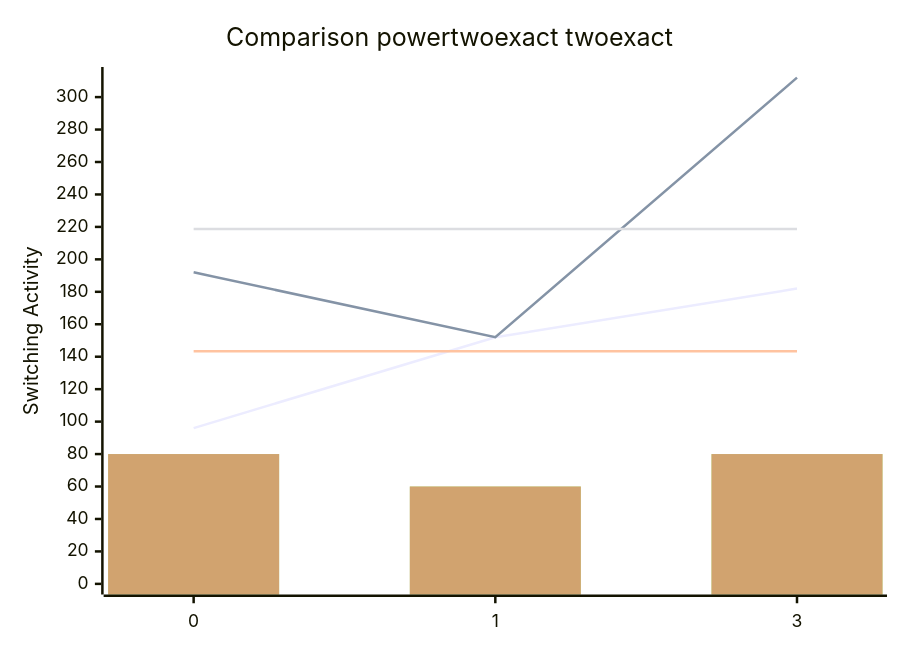
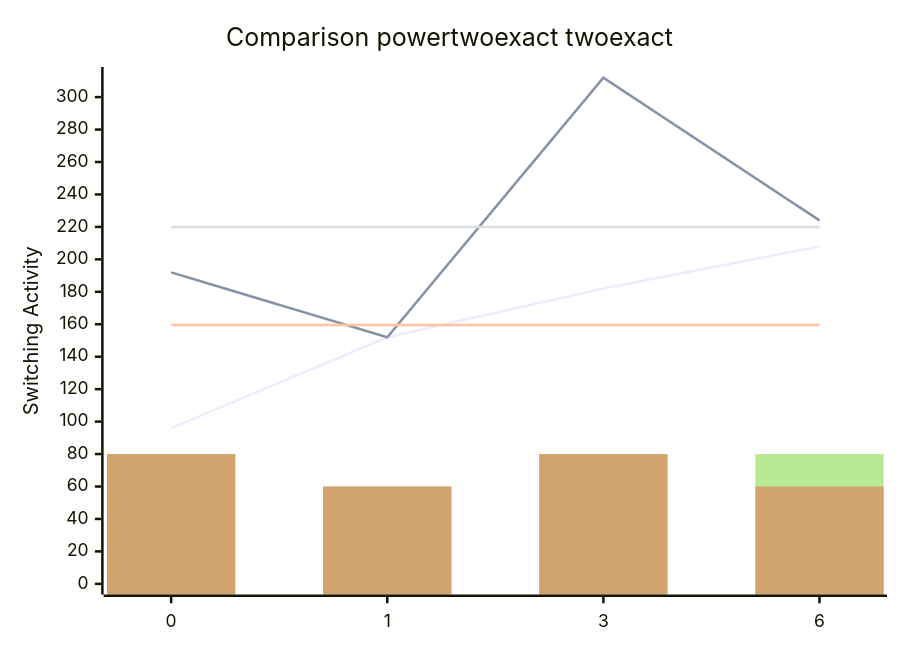
The diagram in benchmark.md (FeldmeierMichael/Exact-Power-Synthesis), drawn with Mermaid before and after one commit. The commit also changed other lines of this file and 2 other files, not shown here.

````diff
--- a/benchmark.md
+++ b/benchmark.md
@@ -11,12 +13,12 @@
 ```mermaid
 xychart-beta
     title "Comparison powertwoexact twoexact"
-    x-axis [0, 1, 3]
+    x-axis [0, 1, 3, 6]
     y-axis "Switching Activity" 0-->312
-    line [96, 152, 182]
-    line [192, 152, 312]
-    line [143.33333333333334, 143.33333333333334, 143.33333333333334]
-    line [218.66666666666666, 218.66666666666666, 218.66666666666666]
-    bar [80, 60, 80]
-    bar [80, 60, 80]
+    line [96, 152, 182, 208]
+    line [192, 152, 312, 224]
+    line [159.5, 159.5, 159.5, 159.5]
+    line [220.0, 220.0, 220.0, 220.0]
+    bar [80, 60, 80, 80]
+    bar [80, 60, 80, 60]
 ```
````
